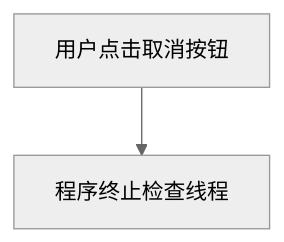
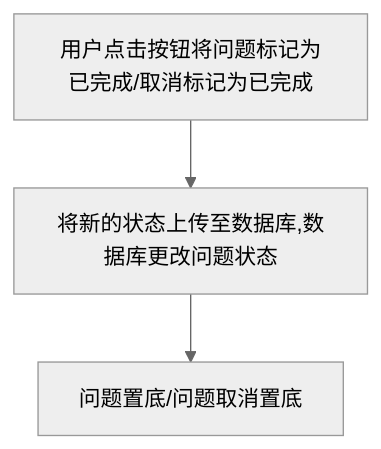
Before and after one commit to Aldebaran638/Doc-Doctor: the sixth of 10 diagrams in RequirementDocument/需求文档.md, drawn with Mermaid (neutral theme). The commit also changed other lines of this file, not shown here.

````diff
--- a/RequirementDocument/需求文档.md
+++ b/RequirementDocument/需求文档.md
@@ -129,4 +125,4 @@
 ```mermaid
 flowchart TD
-    A[用户点击取消按钮] --> B[程序终止检查线程]
+    A[用户点击按钮将问题标记为已完成/取消标记为已完成] --> B[将新的状态上传至数据库,数据库更改问题状态] --> C[问题置底/问题取消置底]
 ```
````
